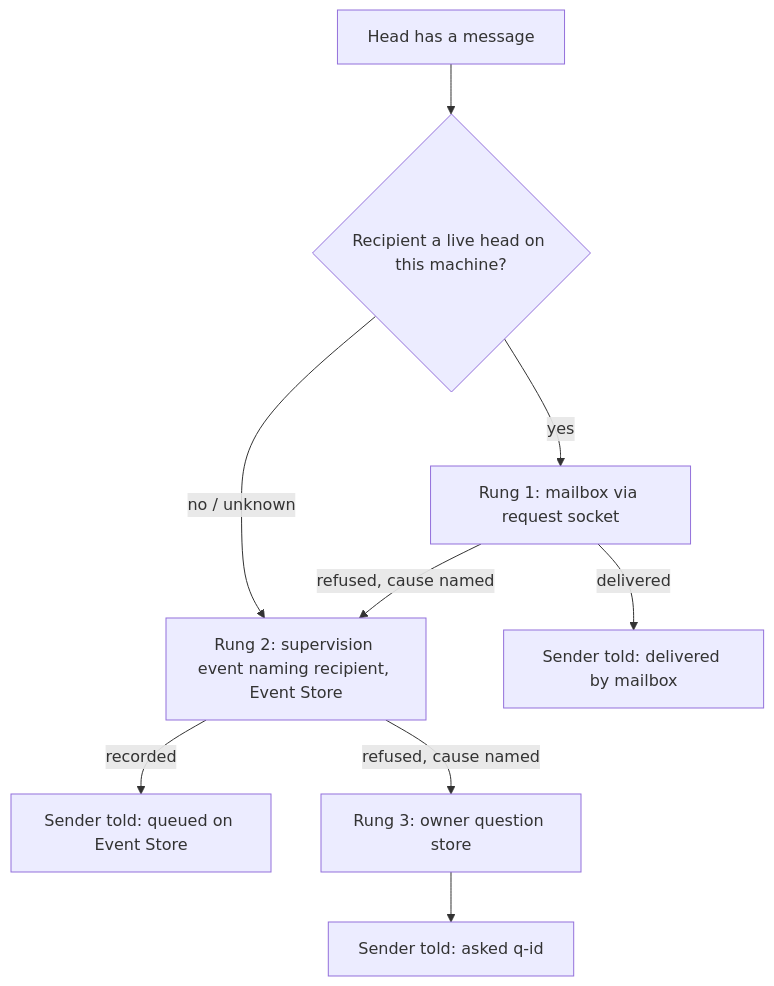
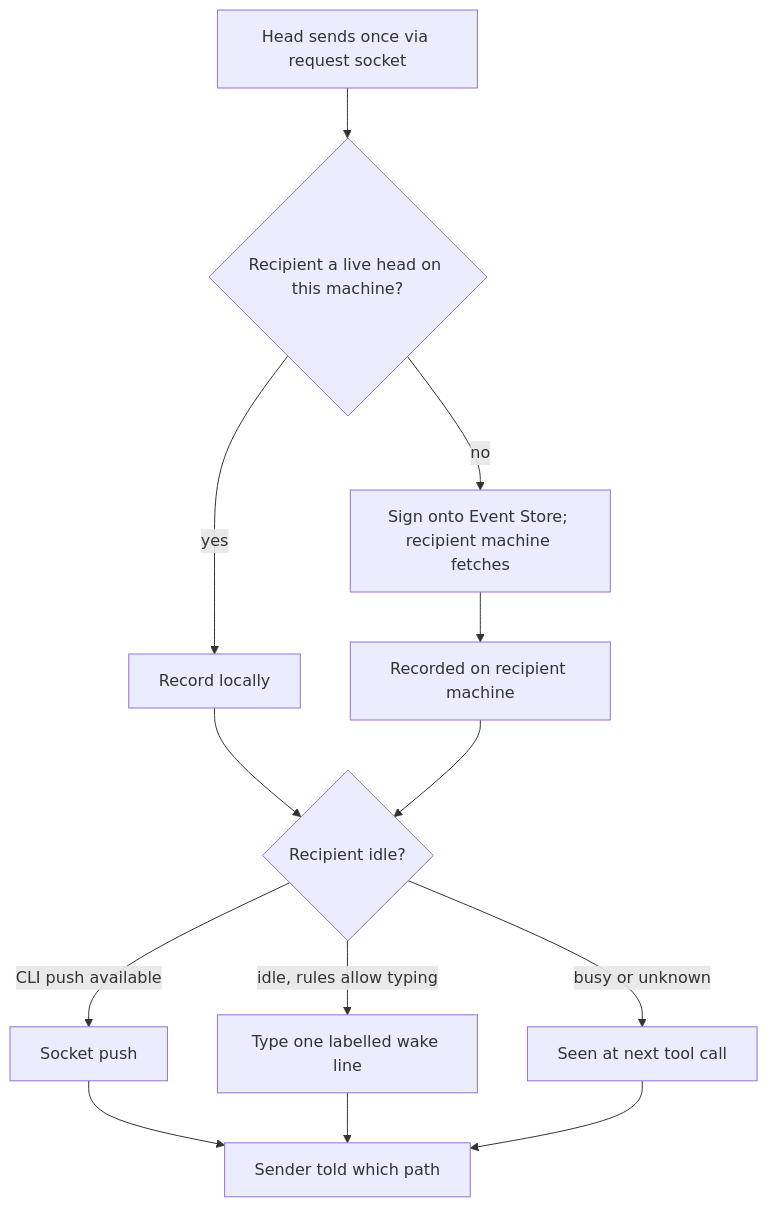
The diagram in plans/discussions/ds-h3fvnp6qbt-head-communication-and-requests/DISCUSSION.md (vantt/forgent), drawn with Mermaid before and after one commit. The commit also changed other lines of this file, not shown here.

Commit message:
docs(discussion): head communication round 4, agent-to-agent cases and the typed wake line

````diff
--- a/plans/discussions/ds-h3fvnp6qbt-head-communication-and-requests/DISCUSSION.md
+++ b/plans/discussions/ds-h3fvnp6qbt-head-communication-and-requests/DISCUSSION.md
@@ -82,11 +93,15 @@
 ```mermaid
 flowchart TD
-  M[Head has a message] --> A{Recipient a live head on this machine?}
-  A -- yes --> MB[Rung 1: mailbox via request socket]
-  A -- no / unknown --> EV[Rung 2: supervision event naming recipient, Event Store]
-  MB -- delivered --> OK[Sender told: delivered by mailbox]
-  MB -- refused, cause named --> EV
-  EV -- recorded --> OK2[Sender told: queued on Event Store]
-  EV -- refused, cause named --> Q[Rung 3: owner question store]
-  Q --> OK3[Sender told: asked q-id]
+  S[Head sends once via request socket] --> L{Recipient a live head on this machine?}
+  L -- yes --> R[Record locally]
+  L -- no --> E[Sign onto Event Store; recipient machine fetches]
+  E --> R2[Recorded on recipient machine]
+  R --> W{Recipient idle?}
+  R2 --> W
+  W -- CLI push available --> P[Socket push]
+  W -- idle, rules allow typing --> T[Type one labelled wake line]
+  W -- busy or unknown --> N[Seen at next tool call]
+  P --> A[Sender told which path]
+  T --> A
+  N --> A
 ```
````
